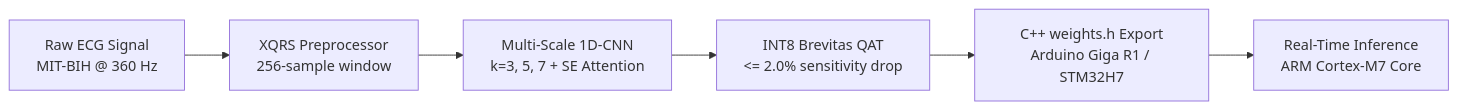
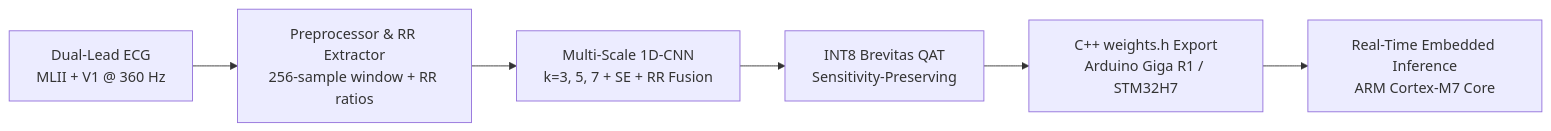
One commit to Mallhar03/ecg-edge-ai changed the diagram in README.md. Above: the diagram before and after it, drawn with Mermaid. The commit also changed other lines of this file and 5 other files, not shown here.

Commit message:
docs: update README and technical documentation for dual-lead architecture and firmware deployment

````diff
--- a/README.md
+++ b/README.md
@@ -16,8 +16,8 @@
 ```mermaid
 flowchart LR
-    A[Raw ECG Signal<br>MIT-BIH @ 360 Hz] --> B[XQRS Preprocessor<br>256-sample window]
-    B --> C[Multi-Scale 1D-CNN<br>k=3, 5, 7 + SE Attention]
-    C --> D[INT8 Brevitas QAT<br><= 2.0% sensitivity drop]
+    A[Dual-Lead ECG<br>MLII + V1 @ 360 Hz] --> B[Preprocessor & RR Extractor<br>256-sample window + RR ratios]
+    B --> C[Multi-Scale 1D-CNN<br>k=3, 5, 7 + SE + RR Fusion]
+    C --> D[INT8 Brevitas QAT<br>Sensitivity-Preserving]
     D --> E[C++ weights.h Export<br>Arduino Giga R1 / STM32H7]
-    E --> F[Real-Time Inference<br>ARM Cortex-M7 Core]
+    E --> F[Real-Time Embedded Inference<br>ARM Cortex-M7 Core]
 ```
````
